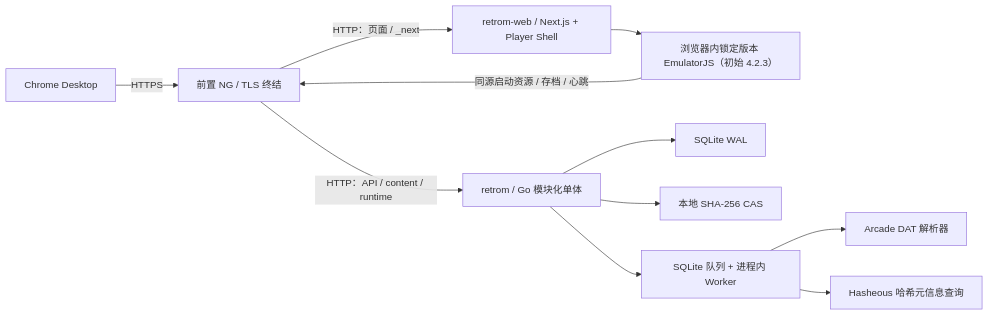
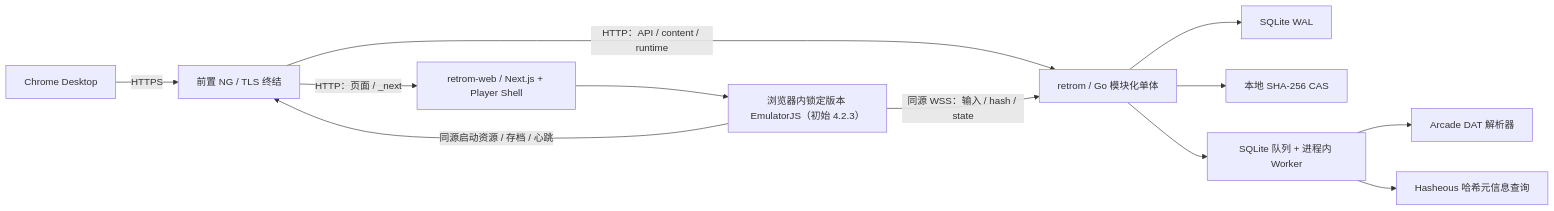
One commit to retrom-project/retrom changed the second of 4 diagrams in docs/retrom-product-architecture.md. Above: the diagram before and after it, drawn with Mermaid. The commit also changed other lines of this file and 116 other files, not shown here.

```diff
--- a/docs/retrom-product-architecture.md
+++ b/docs/retrom-product-architecture.md
@@ -152,13 +157,14 @@
 ~~~mermaid
 flowchart LR
     U["Chrome Desktop"] -->|HTTPS| N["前置 NG / TLS 终结"]
     N -->|HTTP：页面 / _next| W["retrom-web / Next.js + Player Shell"]
     N -->|HTTP：API / content / runtime| S["retrom / Go 模块化单体"]
     W --> R["浏览器内锁定版本 EmulatorJS（初始 4.2.3）"]
     S --> D["SQLite WAL"]
     S --> B["本地 SHA-256 CAS"]
     S --> J["SQLite 队列 + 进程内 Worker"]
     J --> A["Arcade DAT 解析器"]
     J --> H["Hasheous 哈希元信息查询"]
     R -->|同源启动资源 / 存档 / 心跳| N
+    R -->|同源 WSS：输入 / hash / state| S
 ~~~
```
